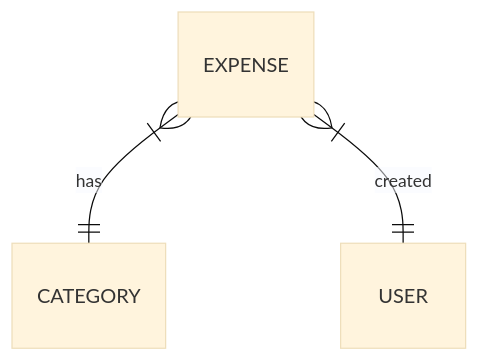
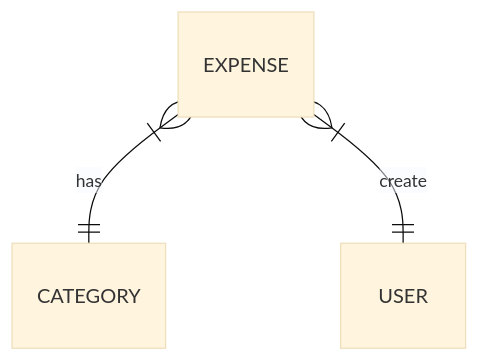
Before and after one commit to agunginsani/expense-tracker-api: the diagram in README.md, drawn with Mermaid (base theme).

````diff
--- a/README.md
+++ b/README.md
@@ -5,5 +5,5 @@
 ```mermaid
 erDiagram
 EXPENSE }|--|| CATEGORY : has
-EXPENSE }|--|| USER : created
+EXPENSE }|--|| USER : create
 ```
````
